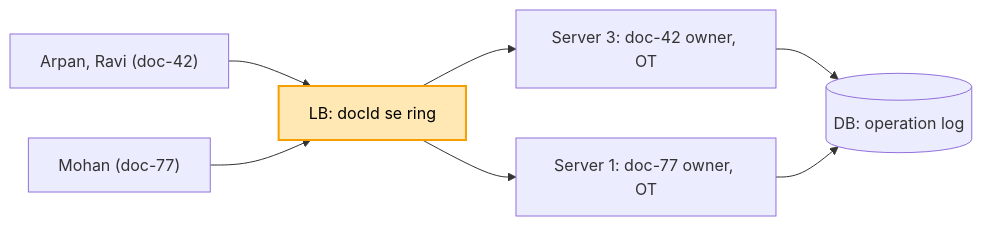
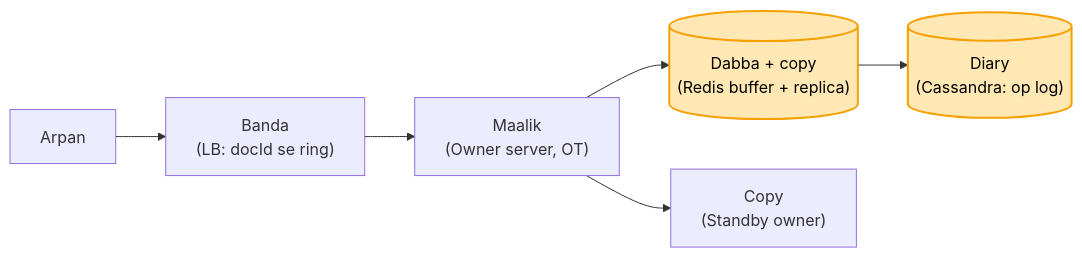
The third of 4 diagrams in 04_HLD/SYSTEM_DESIGNS/11_google_docs_collab/11_google_docs_collab.md (ArpanMaheshwari144/Prep), drawn with Mermaid before and after one commit. The commit also changed other lines of this file and 13 other files, not shown here.

````diff
--- a/04_HLD/SYSTEM_DESIGNS/11_google_docs_collab/11_google_docs_collab.md
+++ b/04_HLD/SYSTEM_DESIGNS/11_google_docs_collab/11_google_docs_collab.md
@@ -207,10 +103,10 @@
 ```mermaid
 flowchart LR
-    U["Arpan, Ravi (doc-42)"] --> LB["LB: docId se ring"]
-    M["Mohan (doc-77)"] --> LB
-    LB --> S3["Server 3: doc-42 owner, OT"]
-    LB --> S1["Server 1: doc-77 owner, OT"]
-    S3 --> D[("DB: operation log")]
-    S1 --> D
-    style LB fill:#ffe8b3,stroke:#f59f00,stroke-width:2px,color:#000
+    A["Arpan"] --> LB["Banda<br/>(LB: docId se ring)"]
+    LB --> O["Maalik<br/>(Owner server, OT)"]
+    O --> B[("Dabba + copy<br/>(Redis buffer + replica)")]
+    B --> D[("Diary<br/>(Cassandra: op log)")]
+    O --> C["Copy<br/>(Standby owner)"]
+    style B fill:#ffe8b3,stroke:#f59f00,stroke-width:2px,color:#000
+    style D fill:#ffe8b3,stroke:#f59f00,stroke-width:2px,color:#000
 ```
````
